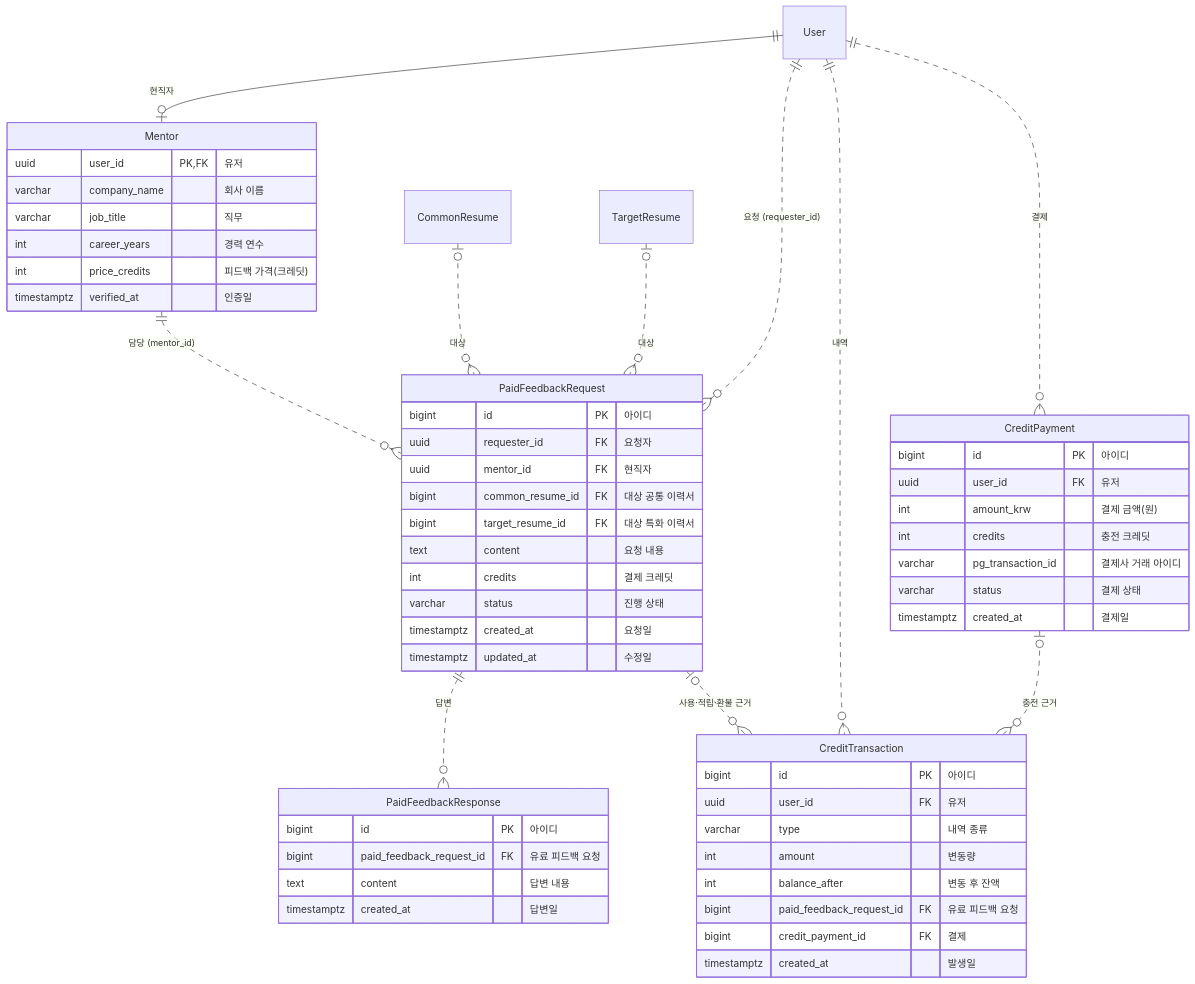
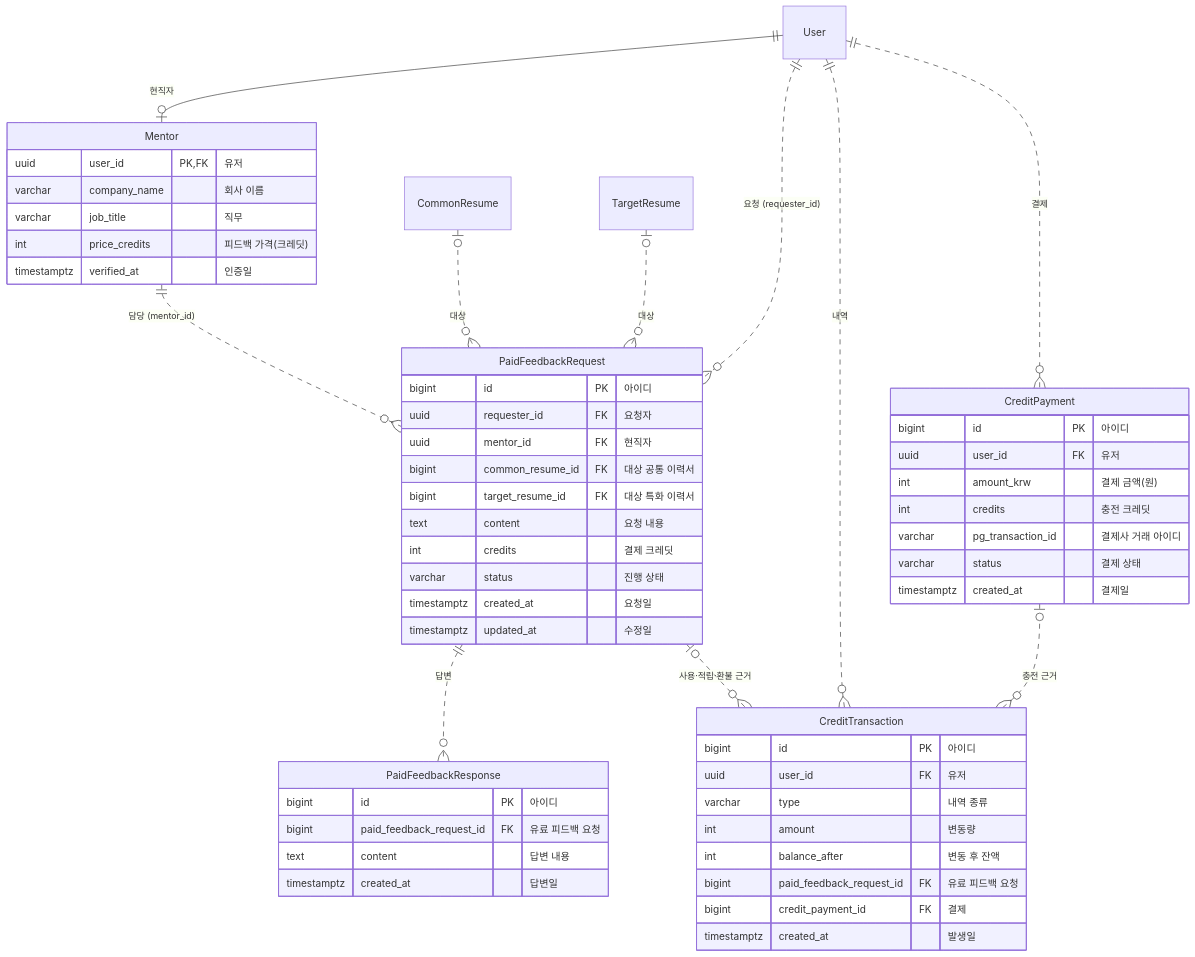
The sixth of 7 diagrams in docs/database-design.md (likelion-backendschool-9th/Resuit_Prj), drawn with Mermaid before and after one commit. The commit also changed other lines of this file and 15 other files, not shown here.

````diff
--- a/docs/database-design.md
+++ b/docs/database-design.md
@@ -406,59 +406,58 @@
 ```mermaid
 erDiagram
     User ||--o| Mentor : "현직자"
     Mentor ||..o{ PaidFeedbackRequest : "담당 (mentor_id)"
     User ||..o{ PaidFeedbackRequest : "요청 (requester_id)"
     CommonResume |o..o{ PaidFeedbackRequest : "대상"
     TargetResume |o..o{ PaidFeedbackRequest : "대상"
     PaidFeedbackRequest ||..o{ PaidFeedbackResponse : "답변"
     User ||..o{ CreditTransaction : "내역"
     PaidFeedbackRequest |o..o{ CreditTransaction : "사용·적립·환불 근거"
     CreditPayment |o..o{ CreditTransaction : "충전 근거"
     User ||..o{ CreditPayment : "결제"
 
     Mentor {
       uuid user_id PK, FK "유저"
       varchar company_name "회사 이름"
       varchar job_title "직무"
-      int career_years "경력 연수"
       int price_credits "피드백 가격(크레딧)"
       timestamptz verified_at "인증일"
     }
     PaidFeedbackRequest {
       bigint id PK "아이디"
       uuid requester_id FK "요청자"
       uuid mentor_id FK "현직자"
       bigint common_resume_id FK "대상 공통 이력서"
       bigint target_resume_id FK "대상 특화 이력서"
       text content "요청 내용"
       int credits "결제 크레딧"
       varchar status "진행 상태"
       timestamptz created_at "요청일"
       timestamptz updated_at "수정일"
     }
     PaidFeedbackResponse {
       bigint id PK "아이디"
       bigint paid_feedback_request_id FK "유료 피드백 요청"
       text content "답변 내용"
       timestamptz created_at "답변일"
     }
     CreditTransaction {
       bigint id PK "아이디"
       uuid user_id FK "유저"
       varchar type "내역 종류"
       int amount "변동량"
       int balance_after "변동 후 잔액"
       bigint paid_feedback_request_id FK "유료 피드백 요청"
       bigint credit_payment_id FK "결제"
       timestamptz created_at "발생일"
     }
     CreditPayment {
       bigint id PK "아이디"
       uuid user_id FK "유저"
       int amount_krw "결제 금액(원)"
       int credits "충전 크레딧"
       varchar pg_transaction_id "결제사 거래 아이디"
       varchar status "결제 상태"
       timestamptz created_at "결제일"
     }
 ```
````
